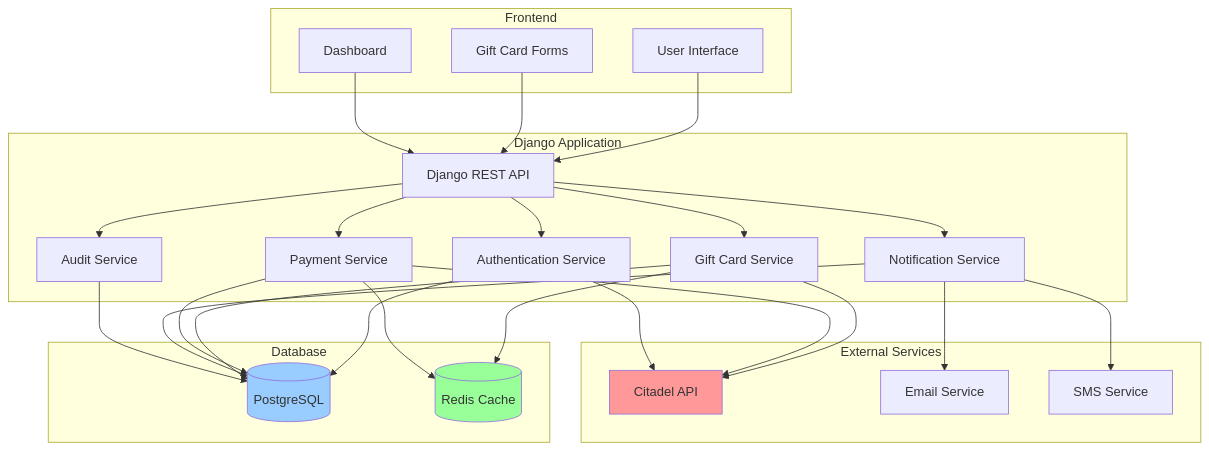
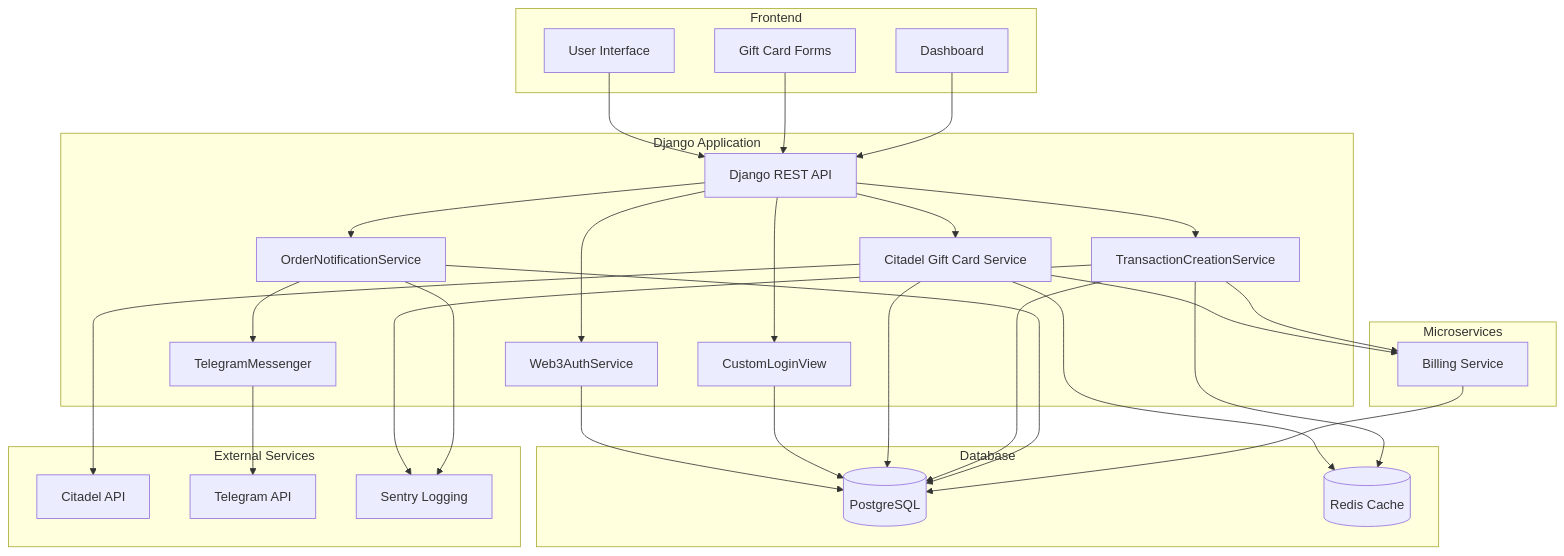
One commit to ShuGc/testEmployeeCrud changed diagram 27 of 31 in README.md. Above: the diagram before and after it, drawn with Mermaid. The commit also changed other lines of this file, not shown here.

````diff
--- a/README.md
+++ b/README.md
@@ -1180,58 +1244,103 @@
-```mermaid
+::: mermaid
+
 graph TB
-    subgraph "Frontend"
-        UI[User Interface]
-        Forms[Gift Card Forms]
-        Dashboard[Dashboard]
-    end
-    
-    subgraph "Django Application"
-        API[Django REST API]
-        Auth[Authentication Service]
-        GC[Gift Card Service]
-        Pay[Payment Service]
-        Notif[Notification Service]
-        Audit[Audit Service]
-    end
-    
-    subgraph "Database"
-        DB[(PostgreSQL)]
-        Cache[(Redis Cache)]
-    end
-    
-    subgraph "External Services"
-        Citadel[Citadel API]
-        Email[Email Service]
-        SMS[SMS Service]
-    end
-    
-    UI --> API
-    Forms --> API
-    Dashboard --> API
-    
-    API --> Auth
-    API --> GC
-    API --> Pay
-    API --> Notif
-    API --> Audit
-    
-    Auth --> DB
-    GC --> DB
-    Pay --> DB
-    Notif --> DB
-    Audit --> DB
-    
-    GC --> Cache
-    Pay --> Cache
-    
-    GC --> Citadel
-    Pay --> Citadel
-    Auth --> Citadel
-    
-    Notif --> Email
-    Notif --> SMS
-    
-    style Citadel fill:#ff9999
-    style DB fill:#99ccff
-    style Cache fill:#99ff99
-```
+
+subgraph Frontend["Frontend"]
+
+UI["User Interface"]
+
+Forms["Gift Card Forms"]
+
+Dashboard["Dashboard"]
+
+end
+
+subgraph Django["Django Application"]
+
+API["Django REST API"]
+
+Web3Auth["Web3AuthService"]
+
+CustomLogin["CustomLoginView"]
+
+GC["Citadel Gift Card Service"]
+
+TransactionService["TransactionCreationService"]
+
+OrderNotif["OrderNotificationService"]
+
+Telegram["TelegramMessenger"]
+
+end
+
+subgraph Microservices["Microservices"]
+
+BillingService["Billing Service"]
+
+end
+
+subgraph Database["Database"]
+
+DB[("PostgreSQL")]
+
+Cache[("Redis Cache")]
+
+end
+
+subgraph External["External Services"]
+
+Citadel["Citadel API"]
+
+TelegramAPI["Telegram API"]
+
+Sentry["Sentry Logging"]
+
+end
+
+UI --> API
+
+Forms --> API
+
+Dashboard --> API
+
+API --> Web3Auth
+
+API --> CustomLogin
+
+API --> GC
+
+API --> TransactionService
+
+API --> OrderNotif
+
+Web3Auth --> DB
+
+CustomLogin --> DB
+
+GC --> DB
+
+TransactionService --> DB
+
+OrderNotif --> DB
+
+GC --> Cache
+
+TransactionService --> Cache
+
+GC --> Citadel
+
+OrderNotif --> Telegram
+
+Telegram --> TelegramAPI
+
+TransactionService --> Sentry
+
+OrderNotif --> Sentry
+
+GC --> BillingService
+
+TransactionService --> BillingService
+
+BillingService --> DB
+
+:::
````
